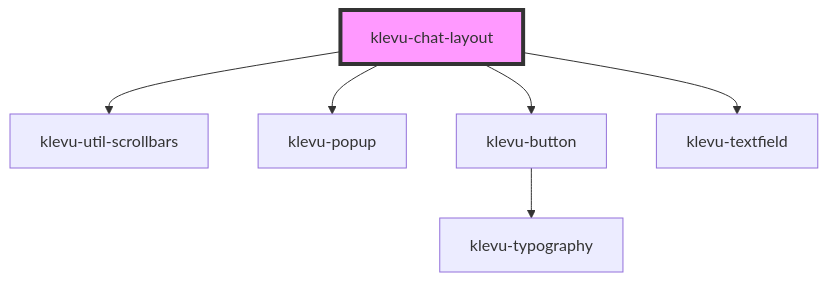
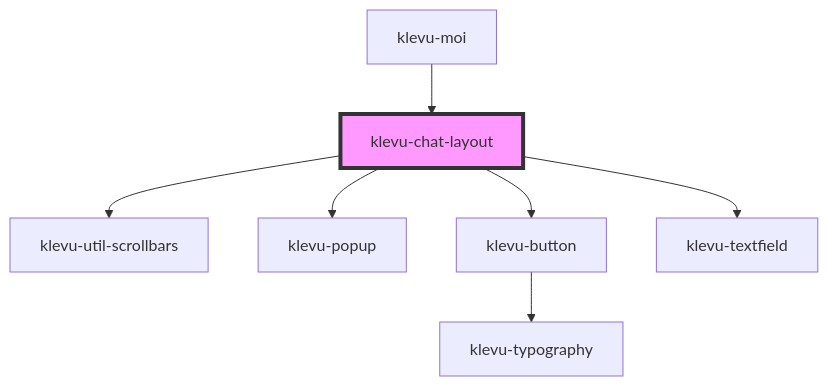
Before and after one commit to klevultd/frontend-sdk: the diagram in packages/klevu-ui/src/components/klevu-chat-layout/readme.md, drawn with Mermaid. The commit also changed other lines of this file and 18 other files, not shown here.

Commit message:
add basic moi chat

````diff
--- a/packages/klevu-ui/src/components/klevu-chat-layout/readme.md
+++ b/packages/klevu-ui/src/components/klevu-chat-layout/readme.md
@@ -29,9 +46,10 @@
 ```mermaid
 graph TD;
   klevu-chat-layout --> klevu-util-scrollbars
   klevu-chat-layout --> klevu-popup
   klevu-chat-layout --> klevu-button
   klevu-chat-layout --> klevu-textfield
   klevu-button --> klevu-typography
+  klevu-moi --> klevu-chat-layout
   style klevu-chat-layout fill:#f9f,stroke:#333,stroke-width:4px
 ```
````
